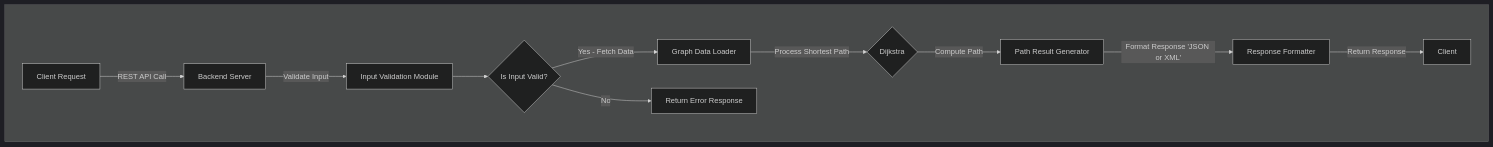
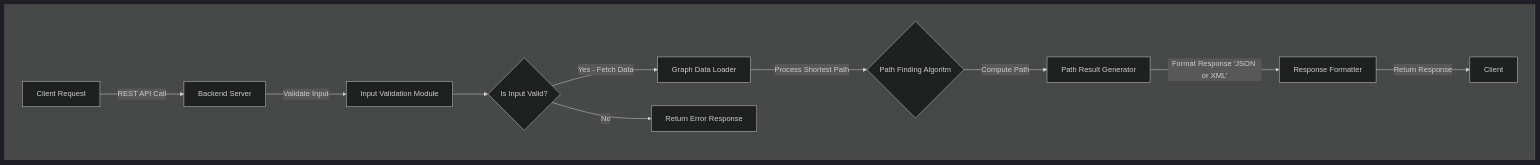
Before and after one commit to algosup/2024-2025-project-3-quickest-path-team-5: the first of 3 diagrams in documents/technical_specifications/TechnicalSpecifications.md, drawn with Mermaid (dark theme). The commit also changed other lines of this file, not shown here.

Commit message:
reworking the pathfinding algorithm execution flow

````diff
--- a/documents/technical_specifications/TechnicalSpecifications.md
+++ b/documents/technical_specifications/TechnicalSpecifications.md
@@ -277,25 +284,25 @@
 ```mermaid
 graph TD  
   A[Client Request]
   B[Backend Server] 
   C[Input Validation Module]
   D[Graph Data Loader]
-  F{Dijkstra}
+  F{Path Finding Algoritm}
   G[Path Result Generator]
   H[Response Formatter]
   I[Client]
   J{Is Input Valid?}
   K[Return Error Response]
 
   subgraph  
     A -- REST API Call --> B 
     B -- Validate Input --> C 
     J -- Yes - Fetch Data --> D
     D -- Process Shortest Path --> F 
     F -- Compute Path --> G  
     G -- Format Response 'JSON or XML' --> H 
     H -- Return Response --> I  
     C --> J 
     J -- No --> K   
   end
 ```
````
